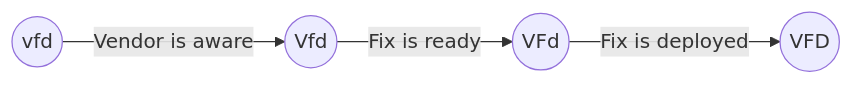
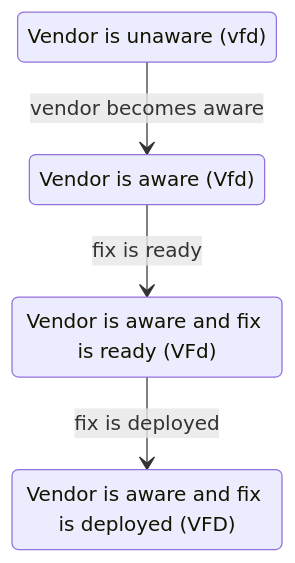
Before and after one commit to CERTCC/Vultron: the seventh of 13 diagrams in docs/process_models/cs/index.md, drawn with Mermaid. The commit also changed other lines of this file, not shown here.

````diff
--- a/docs/process_models/cs/index.md
+++ b/docs/process_models/cs/index.md
@@ -234,10 +223,10 @@
 ```mermaid
-graph LR
-  vfd((vfd))
-  Vfd((Vfd))
-  VFd((VFd))
-  VFD((VFD))
-  vfd -->|Vendor is aware| Vfd
-  Vfd -->|Fix is ready| VFd
-  VFd -->|Fix is deployed| VFD
+stateDiagram-v2
+    vfd : Vendor is unaware (vfd)
+    Vfd : Vendor is aware (Vfd)
+    VFd : Vendor is aware and fix is ready (VFd)
+    VFD : Vendor is aware and fix is deployed (VFD)
+    vfd --> Vfd : vendor becomes aware
+    Vfd --> VFd : fix is ready
+    VFd --> VFD : fix is deployed
 ```
````
